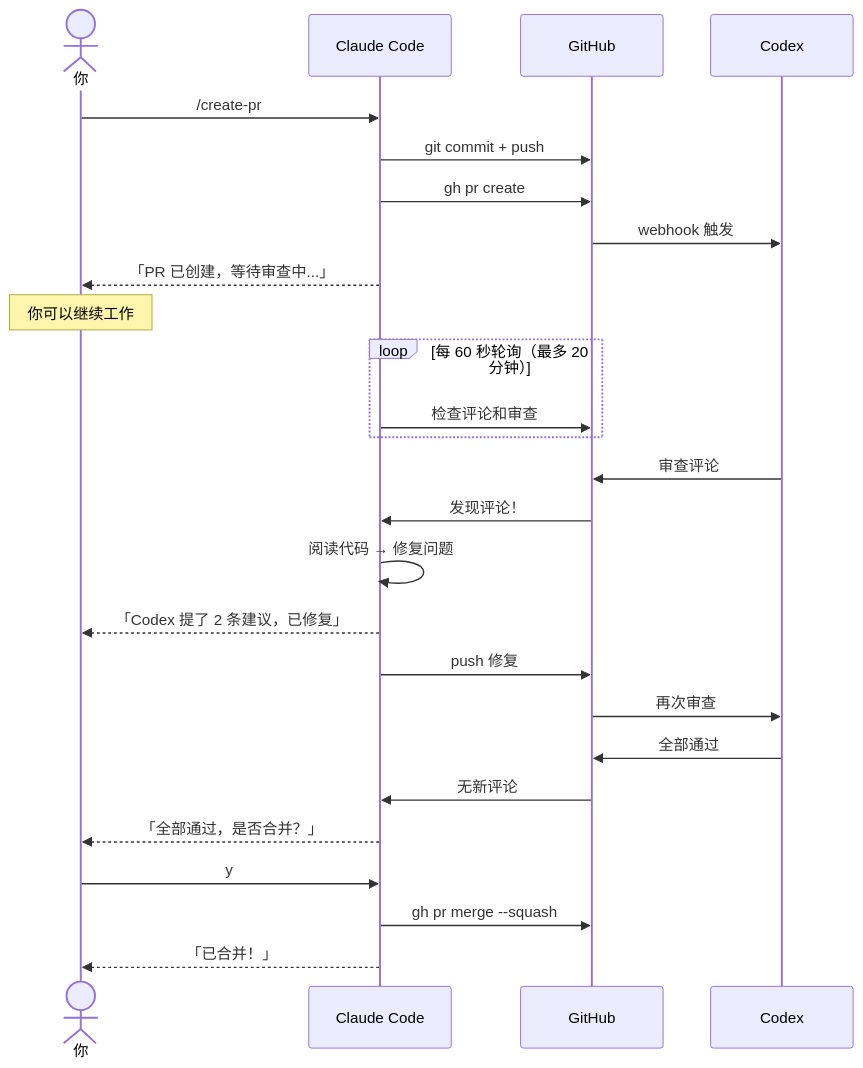
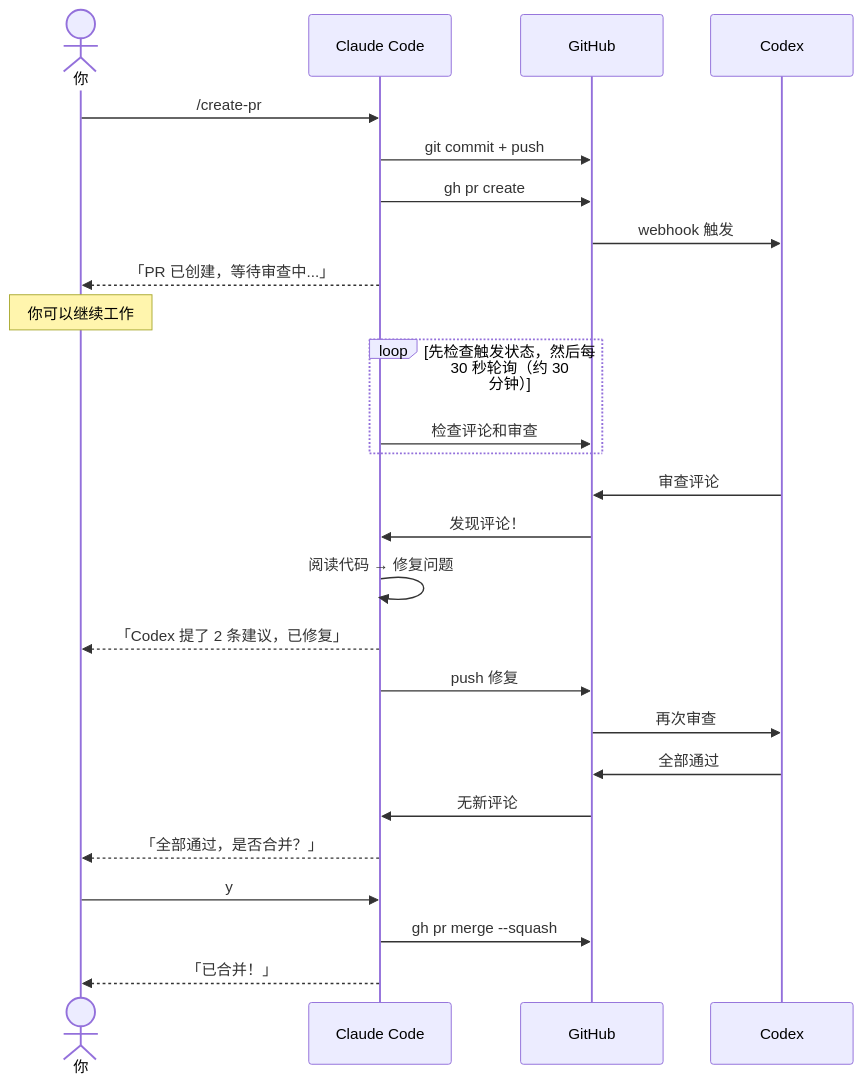
One commit to zytakeshi/create-pr-codex-review changed the first of 2 diagrams in README.zh.md. Above: the diagram before and after it, drawn with Mermaid. The commit also changed other lines of this file and 2 other files, not shown here.

Commit message:
docs(create-pr): align review polling docs

````diff
--- a/README.zh.md
+++ b/README.zh.md
@@ -41,34 +41,34 @@
 ```mermaid
 sequenceDiagram
     actor You as 你
     participant Claude as Claude Code
     participant GH as GitHub
     participant Codex as Codex
 
     You->>Claude: /create-pr
     Claude->>GH: git commit + push
     Claude->>GH: gh pr create
     GH->>Codex: webhook 触发
     Claude-->>You: 「PR 已创建，等待审查中...」
 
     Note over You: 你可以继续工作
 
-    loop 每 60 秒轮询（最多 20 分钟）
+    loop 先检查触发状态，然后每 30 秒轮询（约 30 分钟）
         Claude->>GH: 检查评论和审查
     end
 
     Codex->>GH: 审查评论
     GH->>Claude: 发现评论！
     Claude->>Claude: 阅读代码 → 修复问题
     Claude-->>You: 「Codex 提了 2 条建议，已修复」
     Claude->>GH: push 修复
 
     GH->>Codex: 再次审查
     Codex->>GH: 全部通过
     GH->>Claude: 无新评论
 
     Claude-->>You: 「全部通过，是否合并？」
     You->>Claude: y
     Claude->>GH: gh pr merge --squash
     Claude-->>You: 「已合并！」
 ```
````
